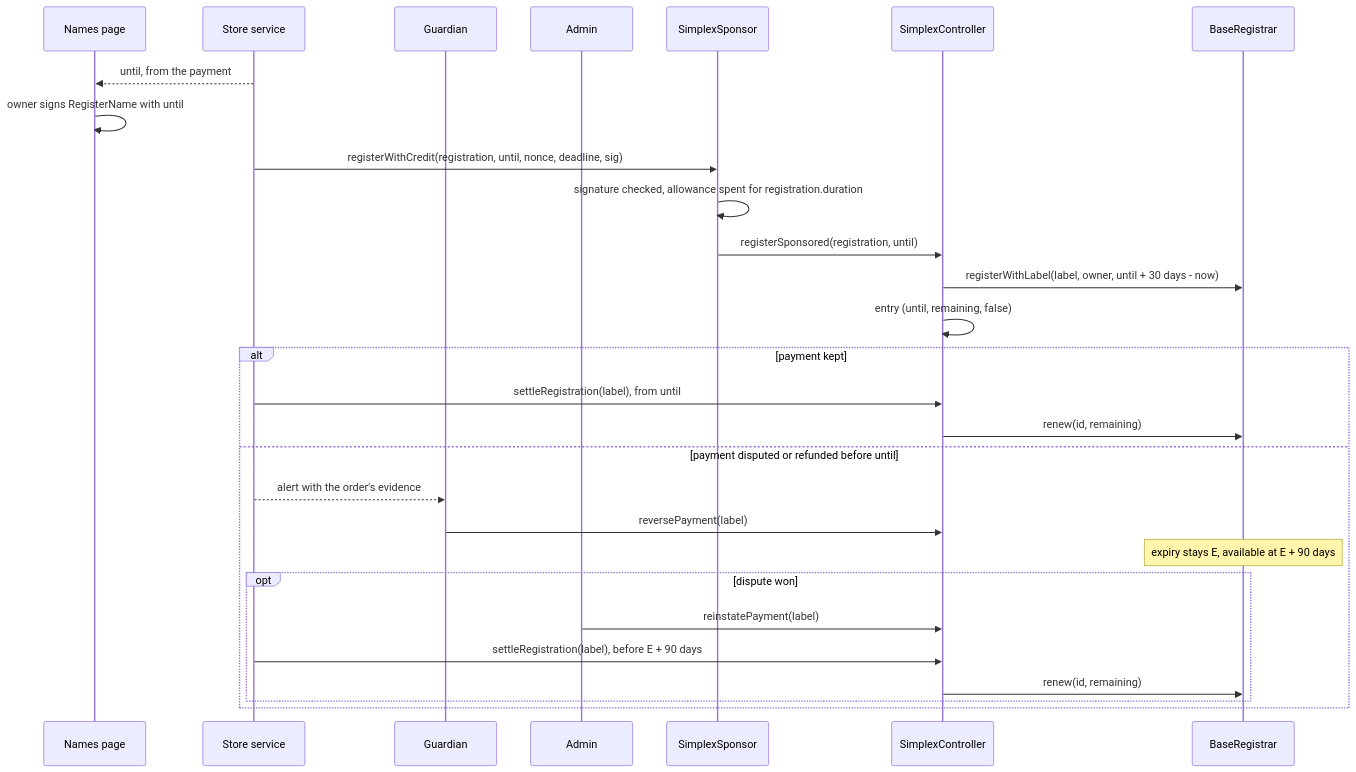
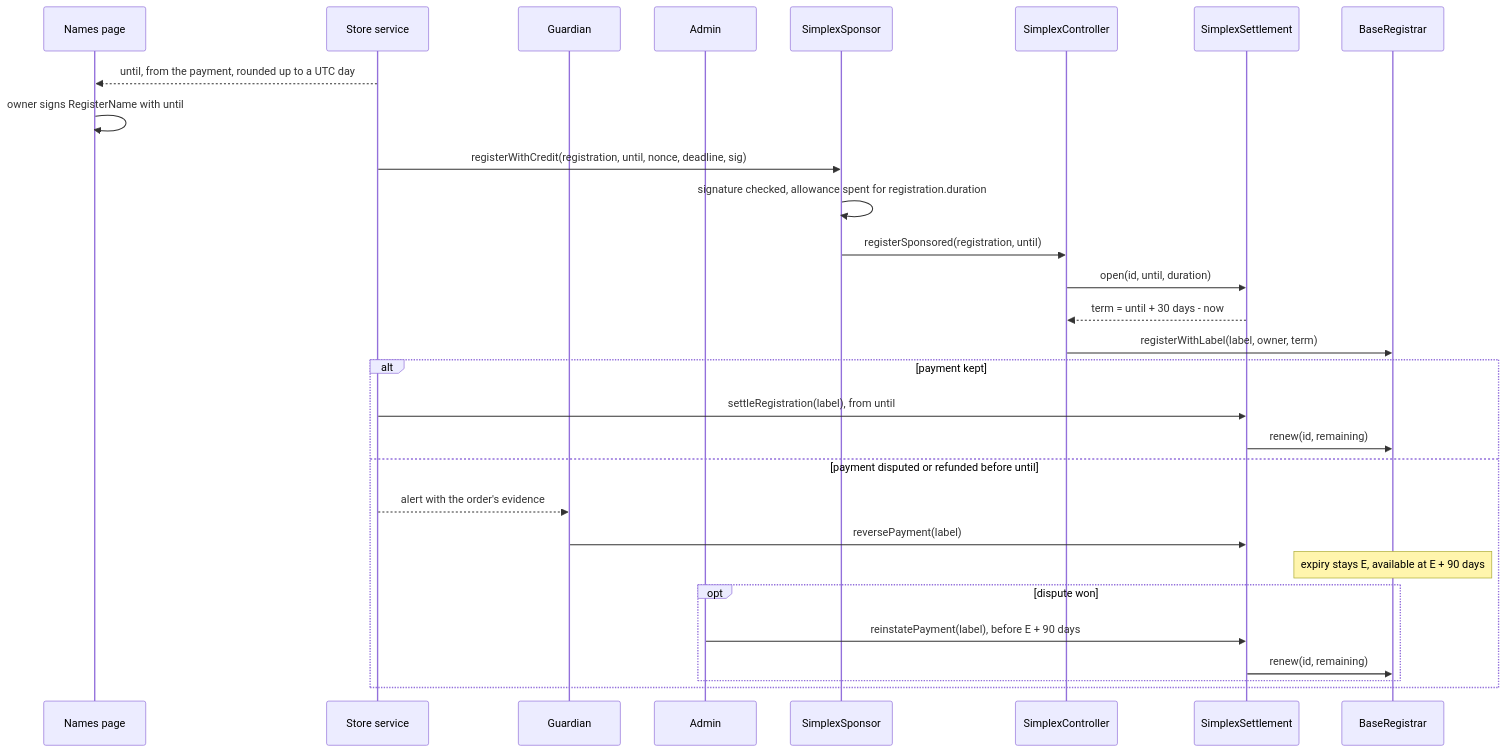
Before and after one commit to brenzi-agent/simplex-namespace-contract: the second of 4 diagrams in docs/plans/payment-reversal.md, drawn with Mermaid. The commit also changed other lines of this file, not shown here.

Commit message:
docs: settlement contract, final reinstatement and public data in the plan

````diff
--- a/docs/plans/payment-reversal.md
+++ b/docs/plans/payment-reversal.md
@@ -127,30 +136,31 @@
 ```mermaid
 sequenceDiagram
   participant P as Names page
   participant S as Store service
   participant G as Guardian
   participant A as Admin
   participant Sp as SimplexSponsor
   participant C as SimplexController
+  participant St as SimplexSettlement
   participant R as BaseRegistrar
-  S-->>P: until, from the payment
+  S-->>P: until, from the payment, rounded up to a UTC day
   P->>P: owner signs RegisterName with until
   S->>Sp: registerWithCredit(registration, until, nonce, deadline, sig)
   Sp->>Sp: signature checked, allowance spent for registration.duration
   Sp->>C: registerSponsored(registration, until)
-  C->>R: registerWithLabel(label, owner, until + 30 days - now)
-  C->>C: entry (until, remaining, false)
+  C->>St: open(id, until, duration)
+  St-->>C: term = until + 30 days - now
+  C->>R: registerWithLabel(label, owner, term)
   alt payment kept
-    S->>C: settleRegistration(label), from until
-    C->>R: renew(id, remaining)
+    S->>St: settleRegistration(label), from until
+    St->>R: renew(id, remaining)
   else payment disputed or refunded before until
     S-->>G: alert with the order's evidence
-    G->>C: reversePayment(label)
+    G->>St: reversePayment(label)
     Note over R: expiry stays E, available at E + 90 days
     opt dispute won
-      A->>C: reinstatePayment(label)
-      S->>C: settleRegistration(label), before E + 90 days
-      C->>R: renew(id, remaining)
+      A->>St: reinstatePayment(label), before E + 90 days
+      St->>R: renew(id, remaining)
     end
   end
 ```
````
